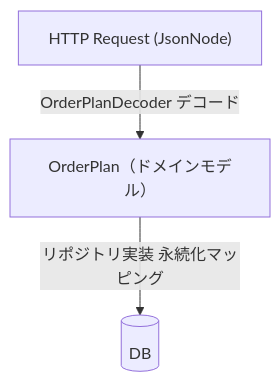
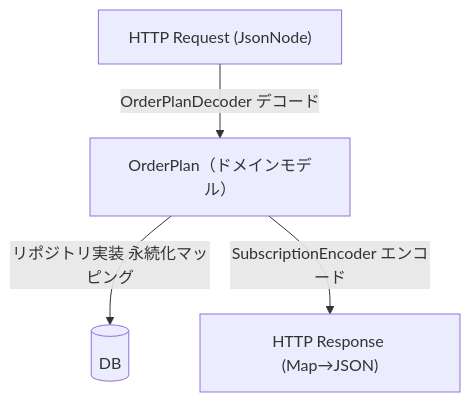
One commit to kawasima/ddd-detachment changed the third of 5 diagrams in books/ddd-detachment/part4-ch11-decoder-as-glue.md. Above: the diagram before and after it, drawn with Mermaid. The commit also changed other lines of this file and 7 other files, not shown here.

````diff
--- a/books/ddd-detachment/part4-ch11-decoder-as-glue.md
+++ b/books/ddd-detachment/part4-ch11-decoder-as-glue.md
@@ -141,8 +211,10 @@
 ```mermaid
 flowchart TD
     A["HTTP Request (JsonNode)"]
     B["OrderPlan（ドメインモデル）"]
     C[(DB)]
+    D["HTTP Response (Map→JSON)"]
     A -->|OrderPlanDecoder デコード| B
     B -->|リポジトリ実装 永続化マッピング| C
+    B -->|SubscriptionEncoder エンコード| D
 ```
````
